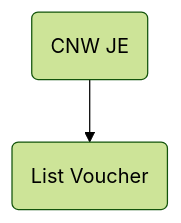
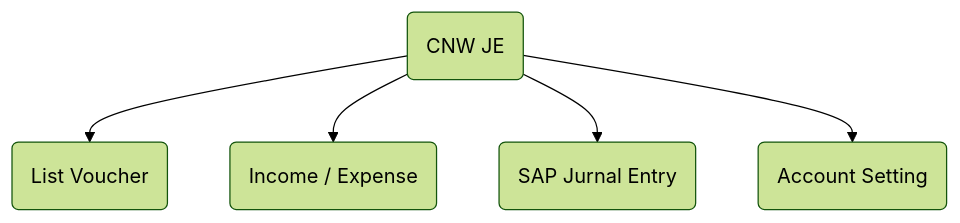
The diagram in cnw_je_doc.md (andyut/cnw_doc), drawn with Mermaid (forest theme) before and after one commit. The commit also changed other lines of this file, not shown here.

Commit message:
cnw_je_doc.md updated from https://stackedit.io/

````diff
--- a/cnw_je_doc.md
+++ b/cnw_je_doc.md
@@ -16,5 +16,8 @@
 ```mermaid
 graph TD
 A(CNW JE) --> B(List Voucher)
+A(CNW JE) --> C(Income / Expense)
+A(CNW JE) --> D(SAP Jurnal Entry)
+A(CNW JE) --> E(Account Setting)
 
 ```
````
